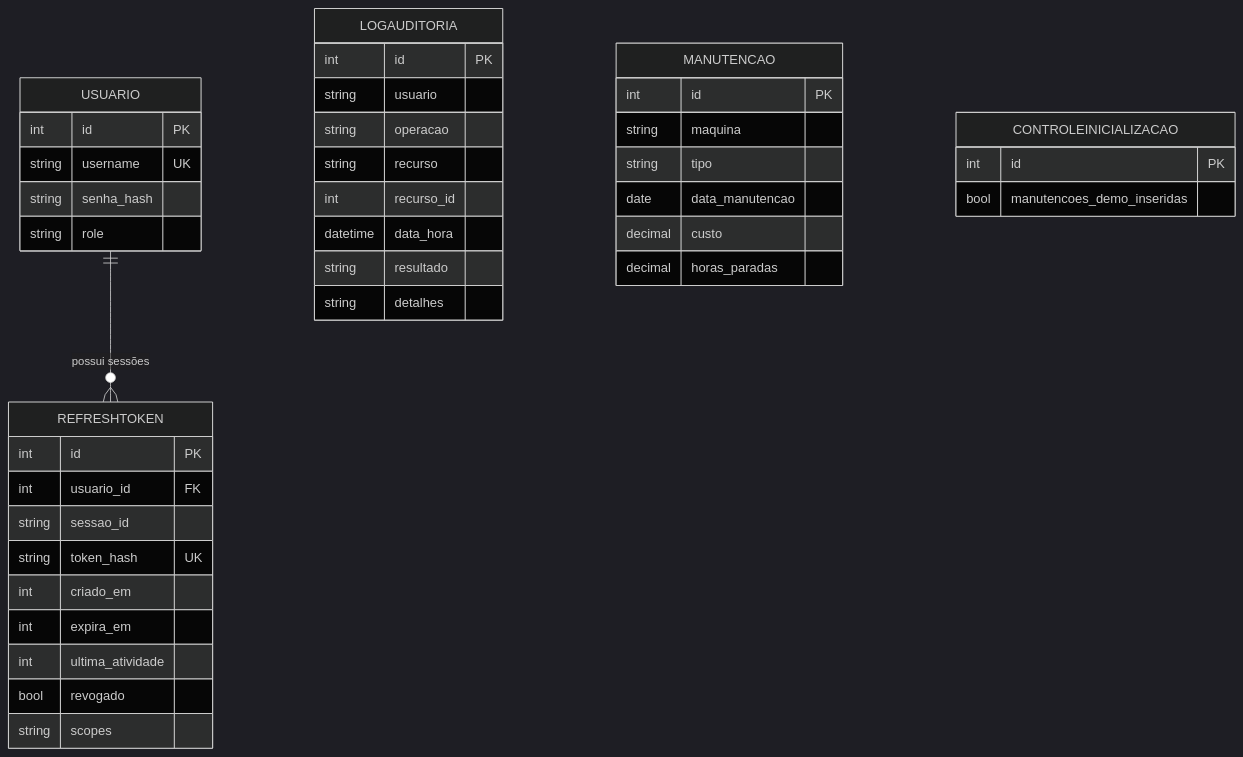
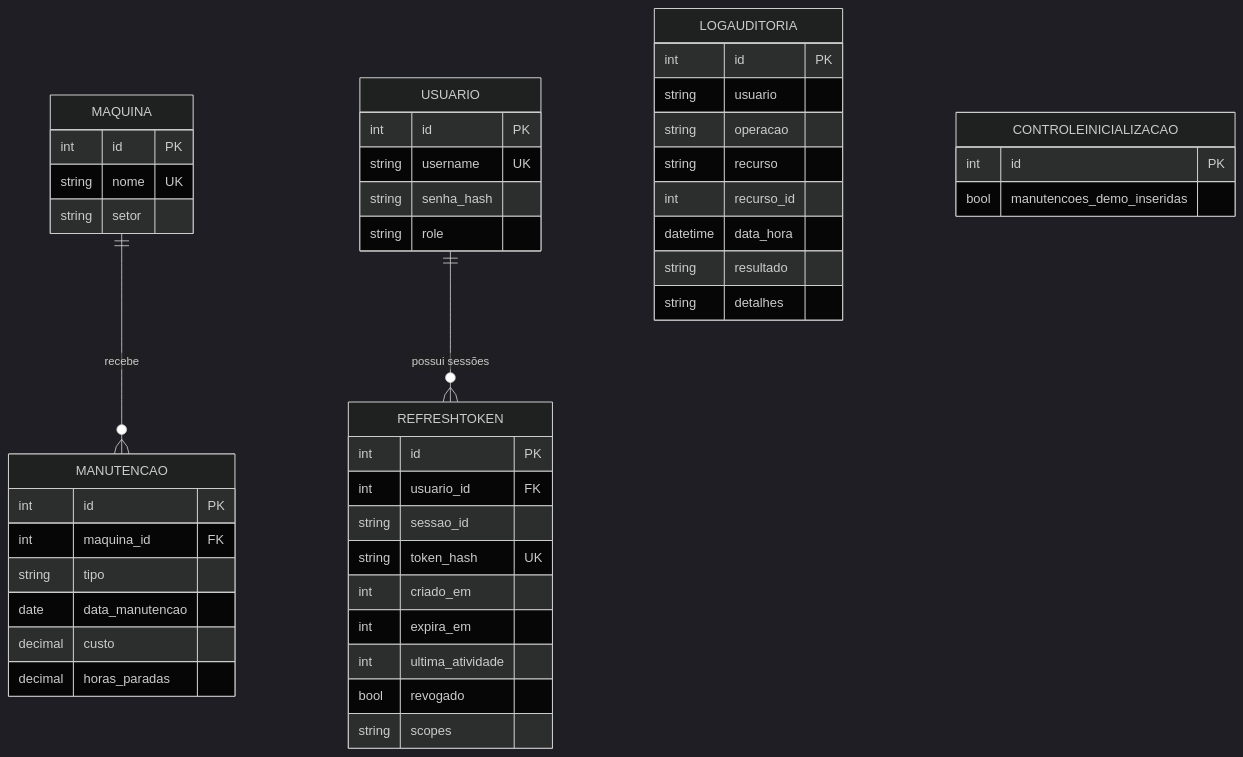
Before and after one commit to CristianoPirolli/manutencao-maquinas: the diagram in README.md, drawn with Mermaid (dark theme). The commit also changed other lines of this file and 9 other files, not shown here.

````diff
--- a/README.md
+++ b/README.md
@@ -83,43 +102,49 @@
 ```mermaid
 erDiagram
+    MAQUINA ||--o{ MANUTENCAO : "recebe"
     USUARIO ||--o{ REFRESHTOKEN : "possui sessões"
     USUARIO {
         int id PK
         string username UK
         string senha_hash
         string role
     }
     REFRESHTOKEN {
         int id PK
         int usuario_id FK
         string sessao_id
         string token_hash UK
         int criado_em
         int expira_em
         int ultima_atividade
         bool revogado
         string scopes
     }
     LOGAUDITORIA {
         int id PK
         string usuario
         string operacao
         string recurso
         int recurso_id
         datetime data_hora
         string resultado
         string detalhes
     }
+    MAQUINA {
+        int id PK
+        string nome UK
+        string setor
+    }
     MANUTENCAO {
         int id PK
-        string maquina
+        int maquina_id FK
         string tipo
         date data_manutencao
         decimal custo
         decimal horas_paradas
     }
     CONTROLEINICIALIZACAO {
         int id PK
         bool manutencoes_demo_inseridas
     }
 ```
````
